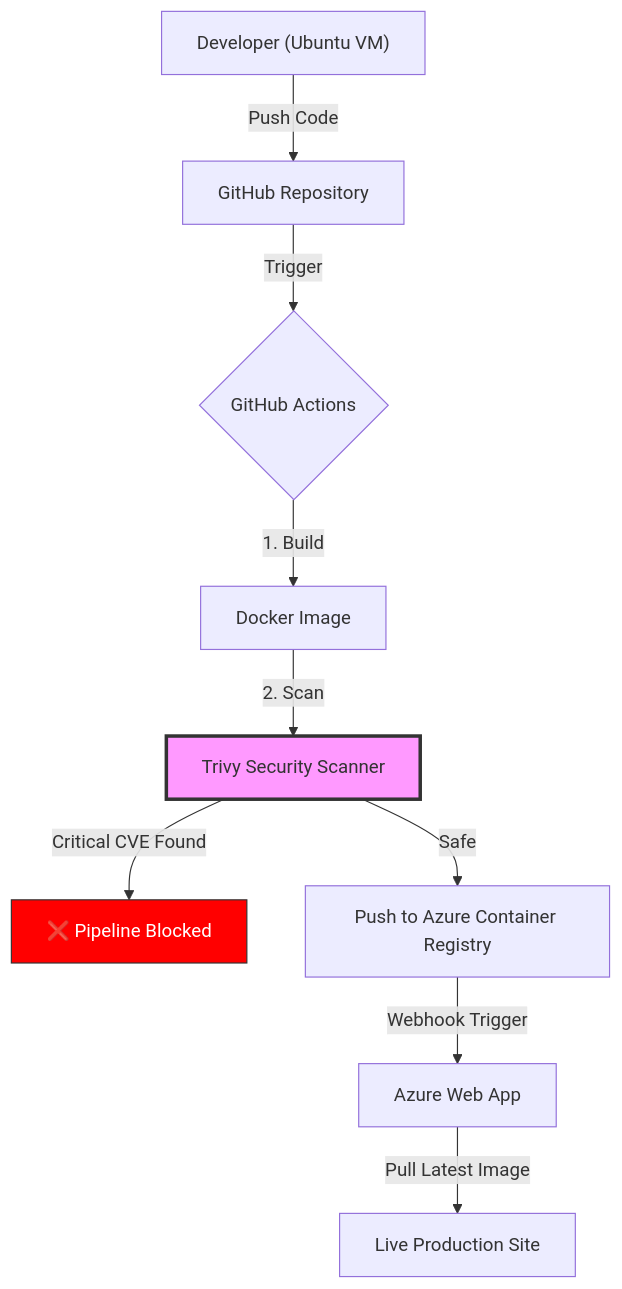
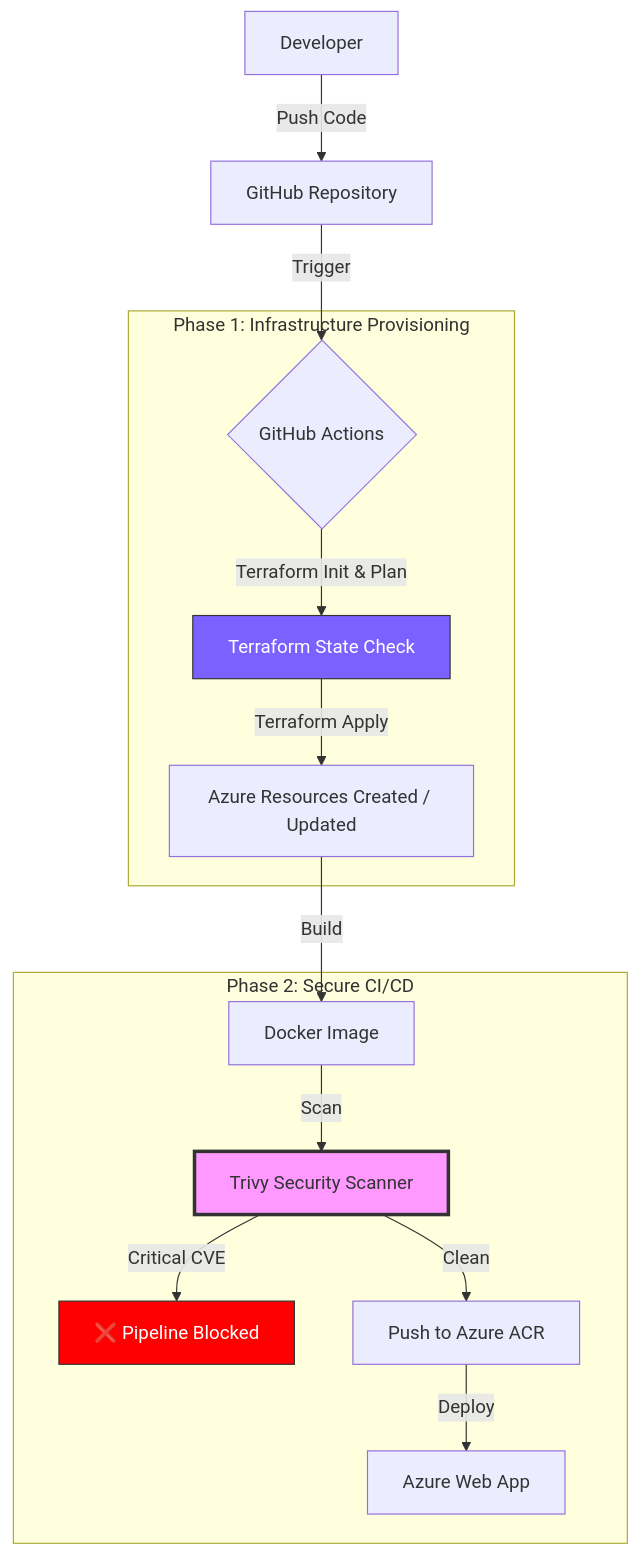
The diagram in README.md (raslen-jendoubi/azure-ubuntu-devsecops), drawn with Mermaid before and after one commit. The commit also changed other lines of this file, not shown here.

````diff
--- a/README.md
+++ b/README.md
@@ -54,14 +79,22 @@
 ```mermaid
 graph TD
-    A["Developer (Ubuntu VM)"] -->|Push Code| B["GitHub Repository"]
+    A["Developer"] -->|Push Code| B["GitHub Repository"]
     B -->|Trigger| C{"GitHub Actions"}
-    C -->|1. Build| D[Docker Image]
-    D -->|2. Scan| E[Trivy Security Scanner]
-    E -- Critical CVE Found --> F[❌ Pipeline Blocked]
-    E -- Safe --> G["Push to Azure Container Registry"]
-    G -->|Webhook Trigger| H[Azure Web App]
-    H -->|Pull Latest Image| I[Live Production Site]
 
-    style E fill:#f9f,stroke:#333,stroke-width:3px
-    style F fill:#ff0000,stroke:#333,color:#fff
+    subgraph Phase1["Phase 1: Infrastructure Provisioning"]
+        C -->|Terraform Init & Plan| D[Terraform State Check]
+        D -->|Terraform Apply| E[Azure Resources Created / Updated]
+    end
+
+    subgraph Phase2["Phase 2: Secure CI/CD"]
+        E -->|Build| F[Docker Image]
+        F -->|Scan| G[Trivy Security Scanner]
+        G -- Critical CVE --> H[❌ Pipeline Blocked]
+        G -- Clean --> I[Push to Azure ACR]
+        I -->|Deploy| J[Azure Web App]
+    end
+
+    style G fill:#f9f,stroke:#333,stroke-width:3px
+    style H fill:#ff0000,stroke:#333,color:#fff
+    style D fill:#7b61ff,stroke:#333,color:#fff
 ```
````
